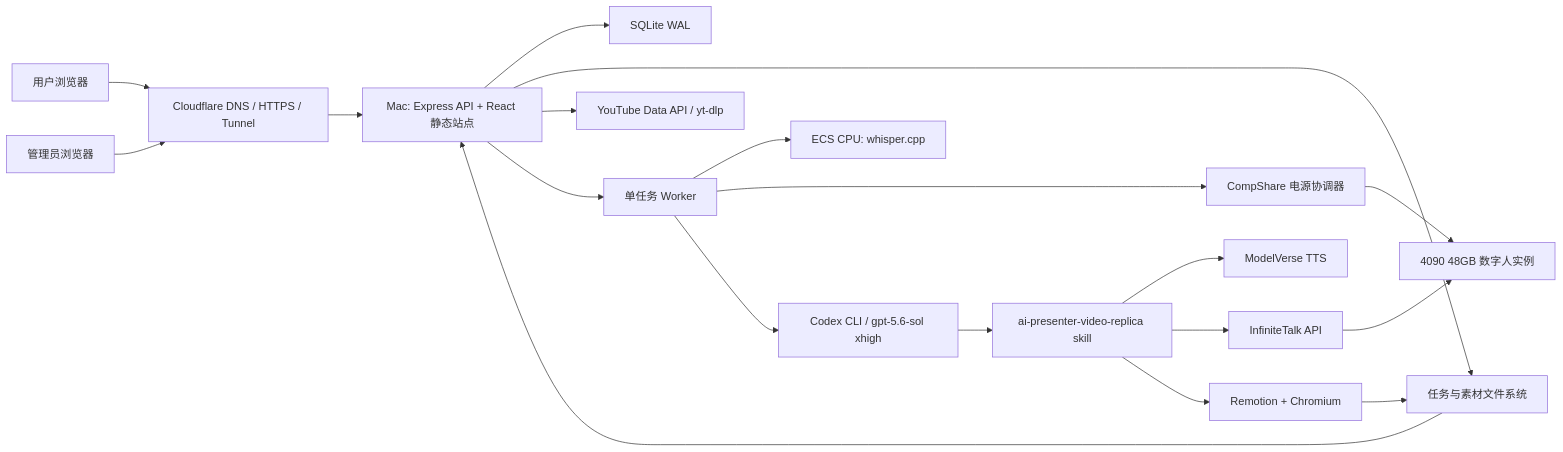
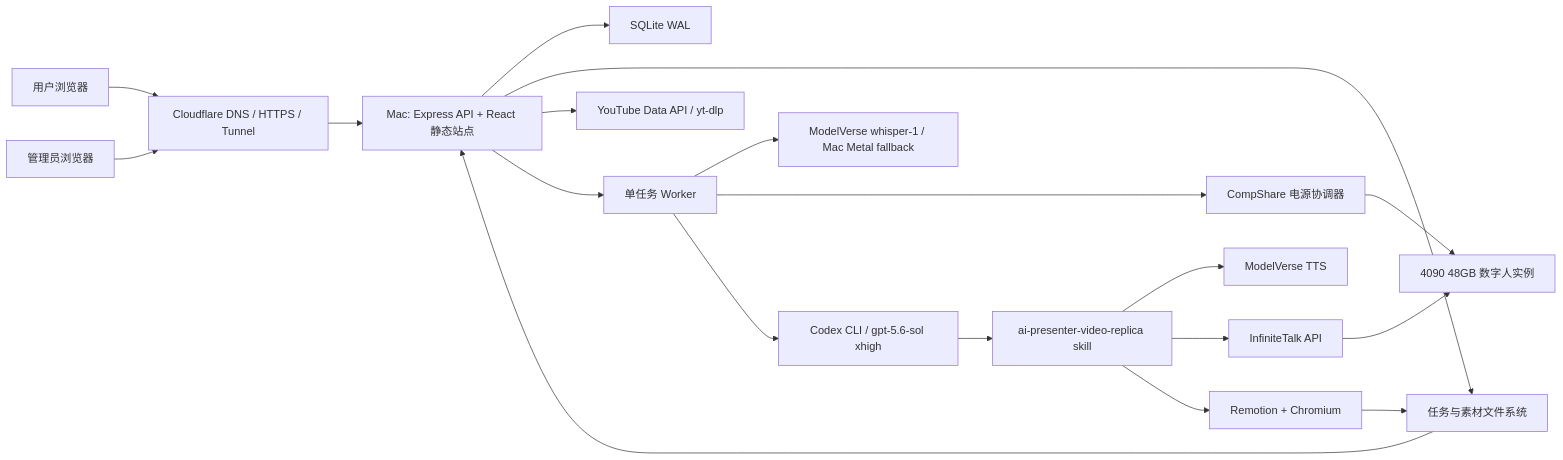
One commit to LeeZePeng/ai-presenter-platform changed the first of 3 diagrams in docs/DEVELOPMENT.md. Above: the diagram before and after it, drawn with Mermaid. The commit also changed other lines of this file and 6 other files, not shown here.

````diff
--- a/docs/DEVELOPMENT.md
+++ b/docs/DEVELOPMENT.md
@@ -67,21 +67,21 @@
 ```mermaid
 flowchart LR
     U["用户浏览器"] --> CF["Cloudflare DNS / HTTPS / Tunnel"]
     A["管理员浏览器"] --> CF
     CF --> E["Mac: Express API + React 静态站点"]
     E --> DB["SQLite WAL"]
     E --> FS["任务与素材文件系统"]
     E --> YT["YouTube Data API / yt-dlp"]
     E --> W["单任务 Worker"]
-    W --> ASR["ECS CPU: whisper.cpp"]
+    W --> ASR["ModelVerse whisper-1 / Mac Metal fallback"]
     W --> P["CompShare 电源协调器"]
     P --> GPU["4090 48GB 数字人实例"]
     W --> C["Codex CLI / gpt-5.6-sol xhigh"]
     C --> S["ai-presenter-video-replica skill"]
     S --> TTS["ModelVerse TTS"]
     S --> IT["InfiniteTalk API"]
     IT --> GPU
     S --> R["Remotion + Chromium"]
     R --> FS
     FS --> E
 ```
````
